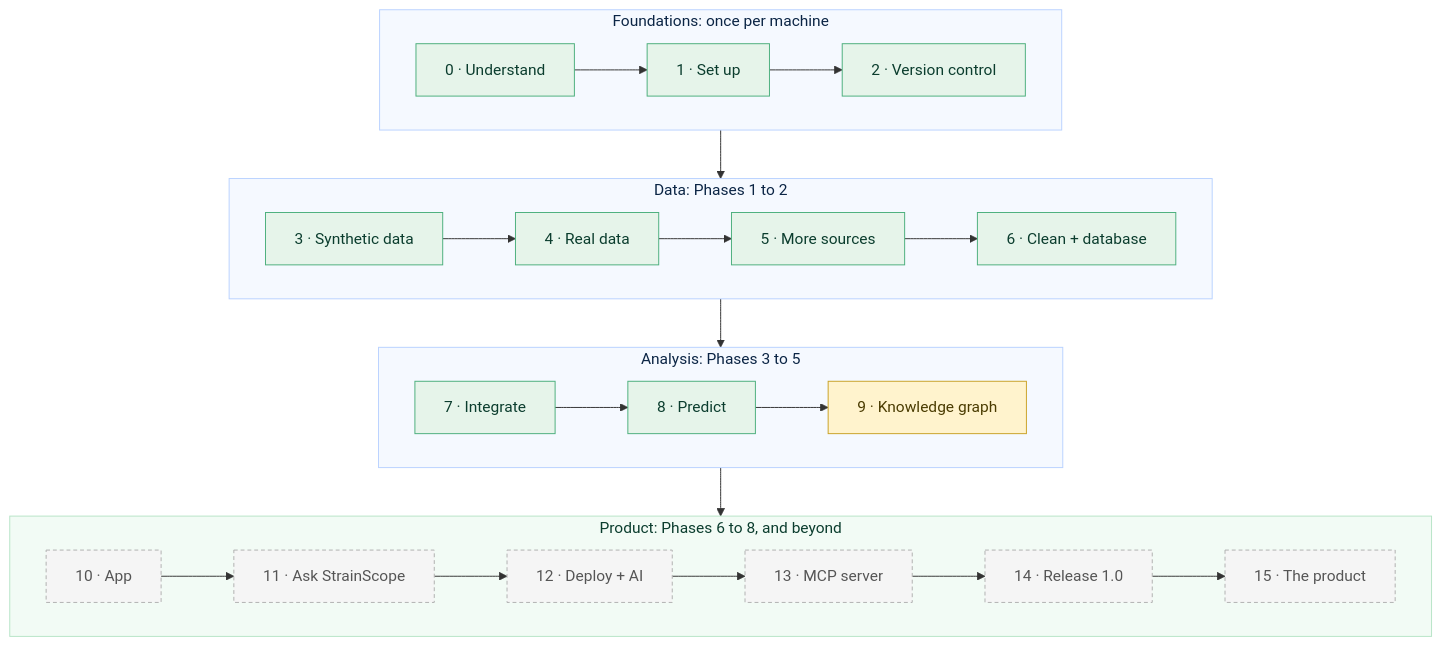
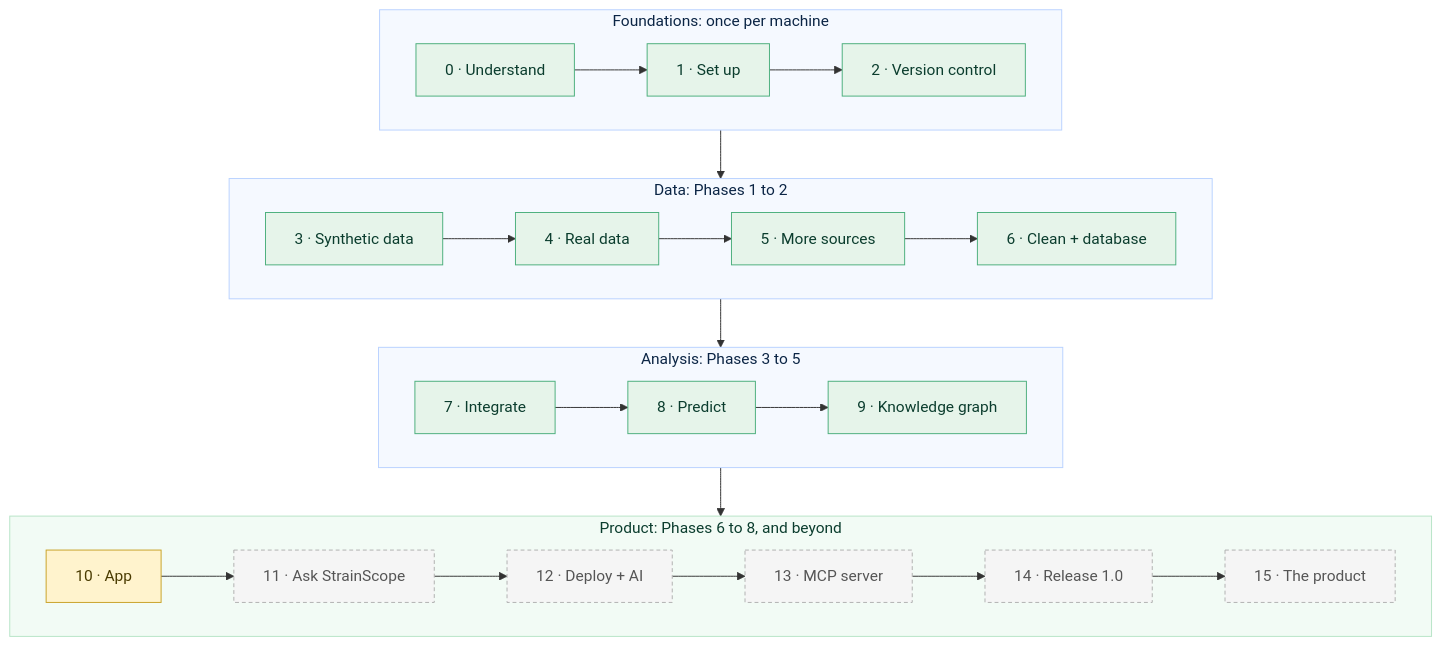
The first of 3 diagrams in docs/HANDBOOK.md (akannan2987/strainscope), drawn with Mermaid before and after one commit. The commit also changed other lines of this file and 38 other files, not shown here.

Commit message:
feat: add the knowledge graph with ontology, sourced edges, communities and explanations

````diff
--- a/docs/HANDBOOK.md
+++ b/docs/HANDBOOK.md
@@ -21,31 +21,31 @@
 ```mermaid
 flowchart TB
     subgraph FOUND["Foundations: once per machine"]
         direction LR
         S0["0 · Understand"] --> S1["1 · Set up"] --> S2["2 · Version control"]
     end
     subgraph DATA["Data: Phases 1 to 2"]
         direction LR
         S3["3 · Synthetic data"] --> S4["4 · Real data"] --> S5["5 · More sources"] --> S6["6 · Clean + database"]
     end
     subgraph ANALYSIS["Analysis: Phases 3 to 5"]
         direction LR
         S7["7 · Integrate"] --> S8["8 · Predict"] --> S9["9 · Knowledge graph"]
     end
     subgraph PRODUCT["Product: Phases 6 to 8, and beyond"]
         direction LR
         S10["10 · App"] --> S11["11 · Ask StrainScope"] --> S12["12 · Deploy + AI"] --> S13["13 · MCP server"] --> S14["14 · Release 1.0"] --> S15["15 · The product"]
     end
     FOUND --> DATA --> ANALYSIS --> PRODUCT
 
     classDef done fill:#E6F4EA,stroke:#4CAF7D,color:#0B3D2E;
     classDef next fill:#FFF3CD,stroke:#C9A227,color:#4A3B00;
     classDef later fill:#F5F5F5,stroke:#B0B0B0,color:#555555,stroke-dasharray:4 3;
-    class S0,S1,S2,S3,S4,S5,S6,S7,S8 done
-    class S9 next
-    class S10,S11,S12,S13,S14,S15 later
+    class S0,S1,S2,S3,S4,S5,S6,S7,S8,S9 done
+    class S10 next
+    class S11,S12,S13,S14,S15 later
     style FOUND fill:#F5F9FF,stroke:#B9D2FF,color:#0B2545
     style DATA fill:#F5F9FF,stroke:#B9D2FF,color:#0B2545
     style ANALYSIS fill:#F5F9FF,stroke:#B9D2FF,color:#0B2545
     style PRODUCT fill:#F2FBF5,stroke:#B7E4C7,color:#0B3D2E
 ```
````
